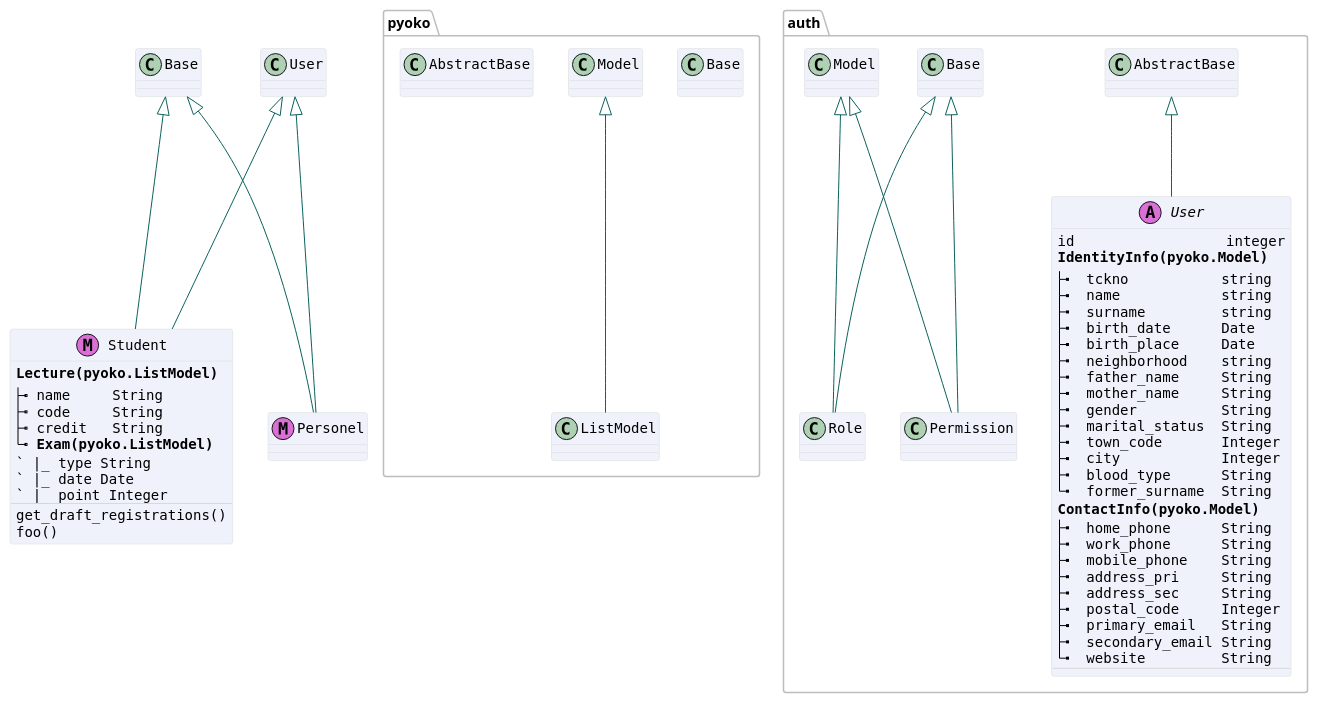
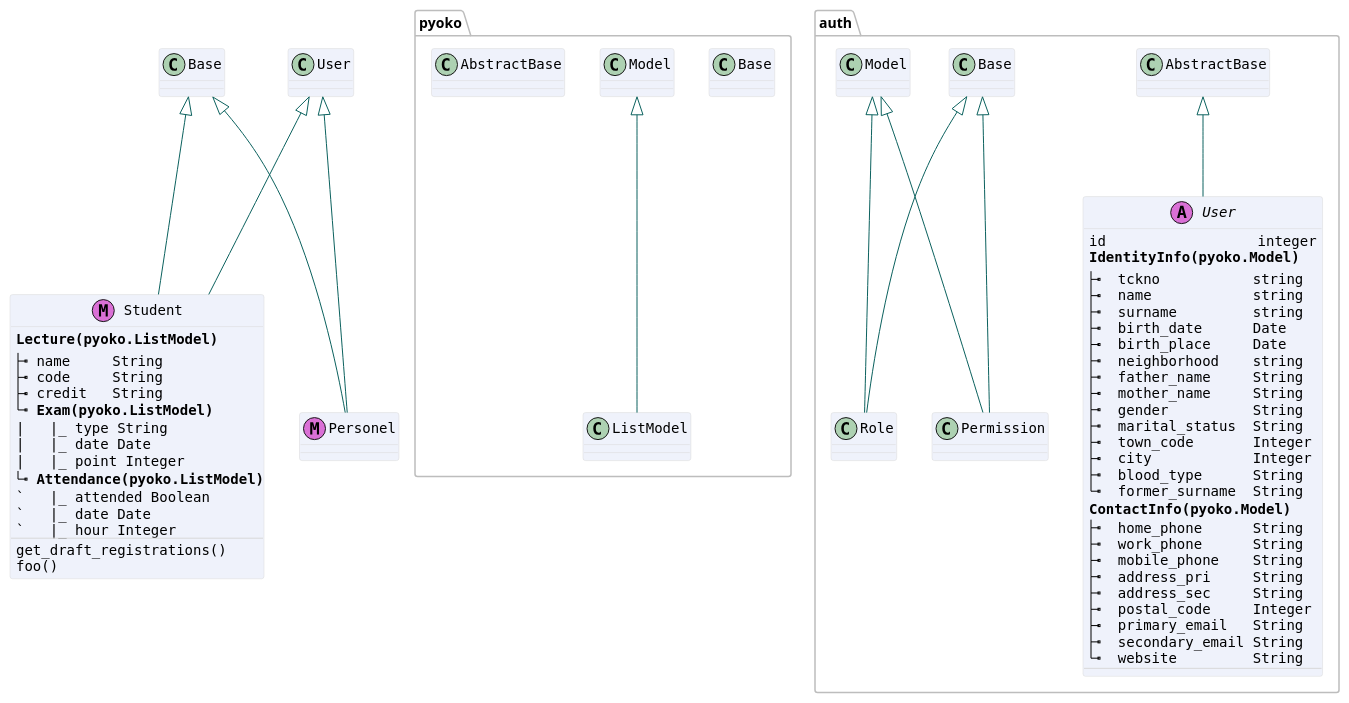
Before and after one commit to zetaops/ulakbus: the diagram in docs/diagrams/models.puml, drawn with PlantUML.

Commit message:
uml update

```diff
--- a/docs/diagrams/models.puml
+++ b/docs/diagrams/models.puml
@@ -1,88 +1,92 @@
 @startuml
 
 skinparam classAttributeFontName Monospaced
 skinparam classBackgroundColor #EFF2FB
 skinparam classBorderColor #D8D8D8
 skinparam packageBorderColor #BDBDBD
 skinparam classArrowColor #0B615E
 skinparam shadowing false
 skinparam tabSize 1
 'skinparam monochrome true
 'skinparam nodesep 100
 skinparam ranksep 100
 
 package pyoko{
     class Base{
     }
     class Model{
 
     }
     class AbstractBase{
     }
     class ListModel extends Model{
     }
 
 }
 
 package auth{
 
 abstract class User <<(A,orchid)>> extends AbstractBase{
 id                  integer
 **IdentityInfo(pyoko.Model)**
 |_  tckno           string
 |_  name            string
 |_  surname         string
 |_  birth_date      Date
 |_  birth_place     Date
 |_  neighborhood    string
 |_  father_name     String
 |_  mother_name     String
 |_  gender          String
 |_  marital_status  String
 |_  town_code       Integer
 |_  city            Integer
 |_  blood_type      String
 |_  former_surname  String
 **ContactInfo(pyoko.Model)**
 |_  home_phone      String
 |_  work_phone      String
 |_  mobile_phone    String
 |_  address_pri     String
 |_  address_sec     String
 |_  postal_code     Integer
 |_  primary_email   String
 |_  secondary_email String
 |_  website         String
 --
 }
 
 class Role extends Base, Model{
 }
 
 class Permission extends Base, Model{
 }
 
 }
 
 class Student <<(M,orchid)>> extends Base, User {
 **Lecture(pyoko.ListModel)**
 |_ name     String
 |_ code     String
 |_ credit   String
 |_ **Exam(pyoko.ListModel)**
-` |_ type String
-` |_ date Date
-` |_ point Integer
+|   |_ type String
+|   |_ date Date
+|   |_ point Integer
+|_ **Attendance(pyoko.ListModel)**
+`   |_ attended Boolean
+`   |_ date Date
+`   |_ hour Integer
 --
 get_draft_registrations()
 foo()
 }
 
 class Personel <<(M,orchid)>> extends Base, User{
 
 }
 
 
 
 
 @enduml
```
